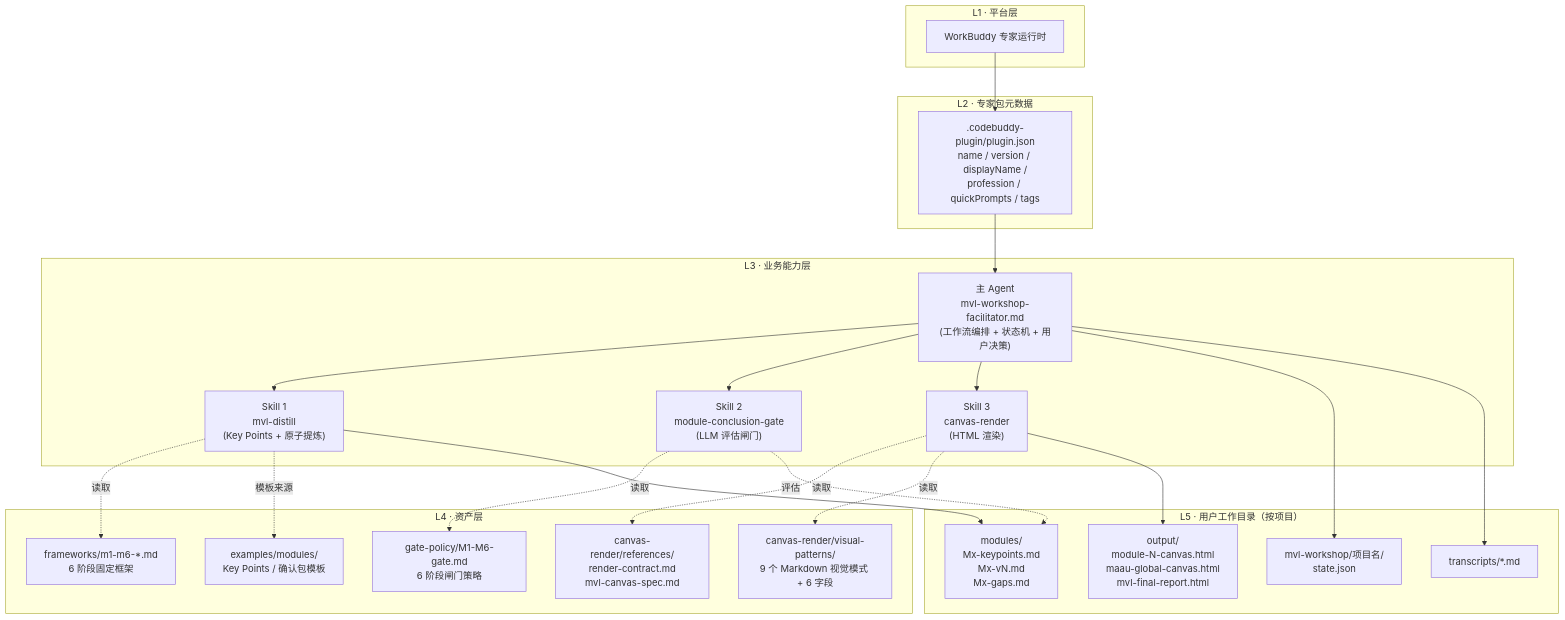
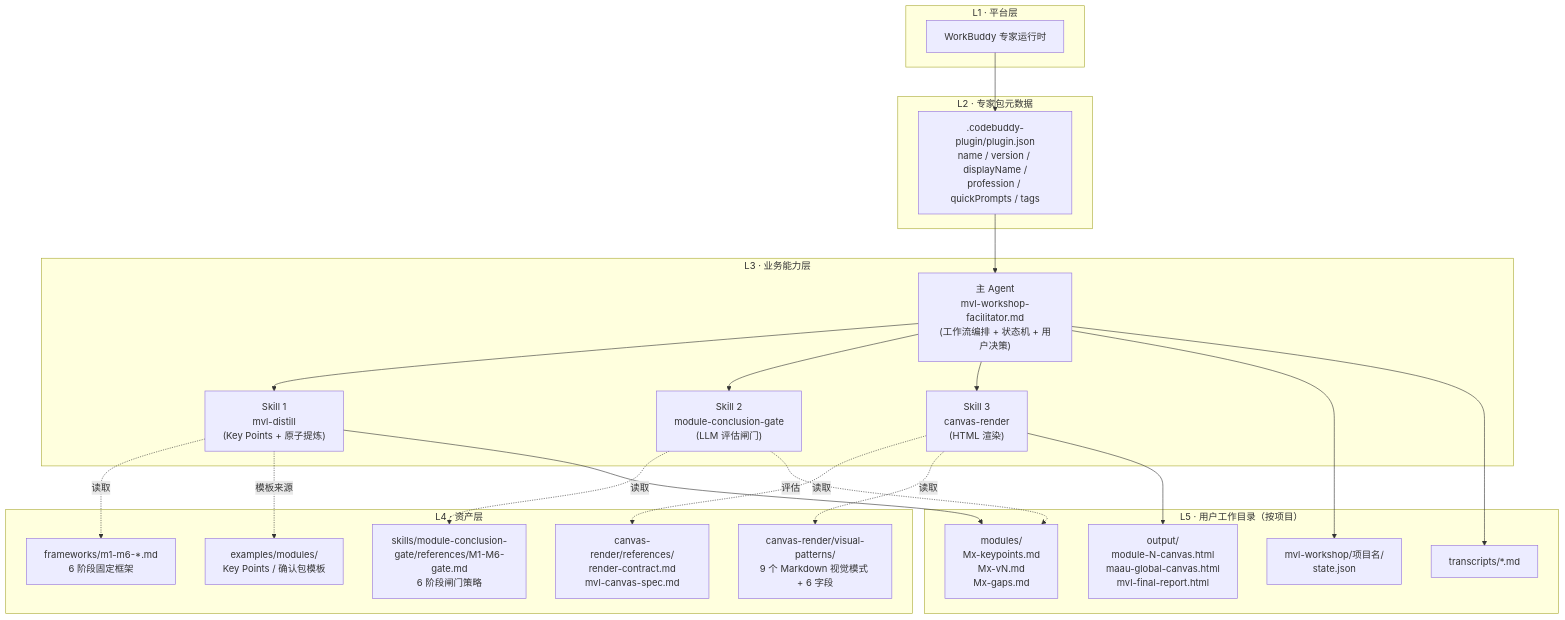
Before and after one commit to wanghongbj321-code/pratyaya: the first of 9 diagrams in docs/MVL-整体架构设计.md, drawn with Mermaid. The commit also changed other lines of this file and 10 other files, not shown here.

````diff
--- a/docs/MVL-整体架构设计.md
+++ b/docs/MVL-整体架构设计.md
@@ -71,48 +71,48 @@
 ```mermaid
 flowchart TB
     subgraph L1["L1 · 平台层"]
         P[WorkBuddy 专家运行时]
     end
 
     subgraph L2["L2 · 专家包元数据"]
         META[".codebuddy-plugin/plugin.json<br/>name / version / displayName /<br/>profession / quickPrompts / tags"]
     end
 
     subgraph L3["L3 · 业务能力层"]
         AGENT["主 Agent<br/>mvl-workshop-facilitator.md<br/>(工作流编排 + 状态机 + 用户决策)"]
         SK1["Skill 1<br/>mvl-distill<br/>(Key Points + 原子提炼)"]
         SK2["Skill 2<br/>module-conclusion-gate<br/>(LLM 评估闸门)"]
         SK3["Skill 3<br/>canvas-render<br/>(HTML 渲染)"]
     end
 
     subgraph L4["L4 · 资产层"]
         FW["frameworks/m1-m6-*.md<br/>6 阶段固定框架"]
-        GP["gate-policy/M1-M6-gate.md<br/>6 阶段闸门策略"]
+        GP["skills/module-conclusion-gate/references/M1-M6-gate.md<br/>6 阶段闸门策略"]
         RC["canvas-render/references/<br/>render-contract.md<br/>mvl-canvas-spec.md"]
         VP["canvas-render/visual-patterns/<br/>9 个 Markdown 视觉模式 + 6 字段"]
         EX["examples/modules/<br/>Key Points / 确认包模板"]
     end
 
     subgraph L5["L5 · 用户工作目录（按项目）"]
         ST["mvl-workshop/项目名/<br/>state.json"]
         TR["transcripts/*.md"]
         MD["modules/<br/>Mx-keypoints.md<br/>Mx-vN.md<br/>Mx-gaps.md"]
         OUT["output/<br/>module-N-canvas.html<br/>maau-global-canvas.html<br/>mvl-final-report.html"]
     end
 
     P --> META
     META --> AGENT
     AGENT --> SK1
     AGENT --> SK2
     AGENT --> SK3
     SK1 -.读取.-> FW
     SK2 -.读取.-> GP
     SK3 -.读取.-> RC
     SK3 -.读取.-> VP
     SK1 -.模板来源.-> EX
     AGENT --> ST
     SK1 --> MD
     SK2 -.评估.-> MD
     SK3 --> OUT
     AGENT --> TR
 ```
````
